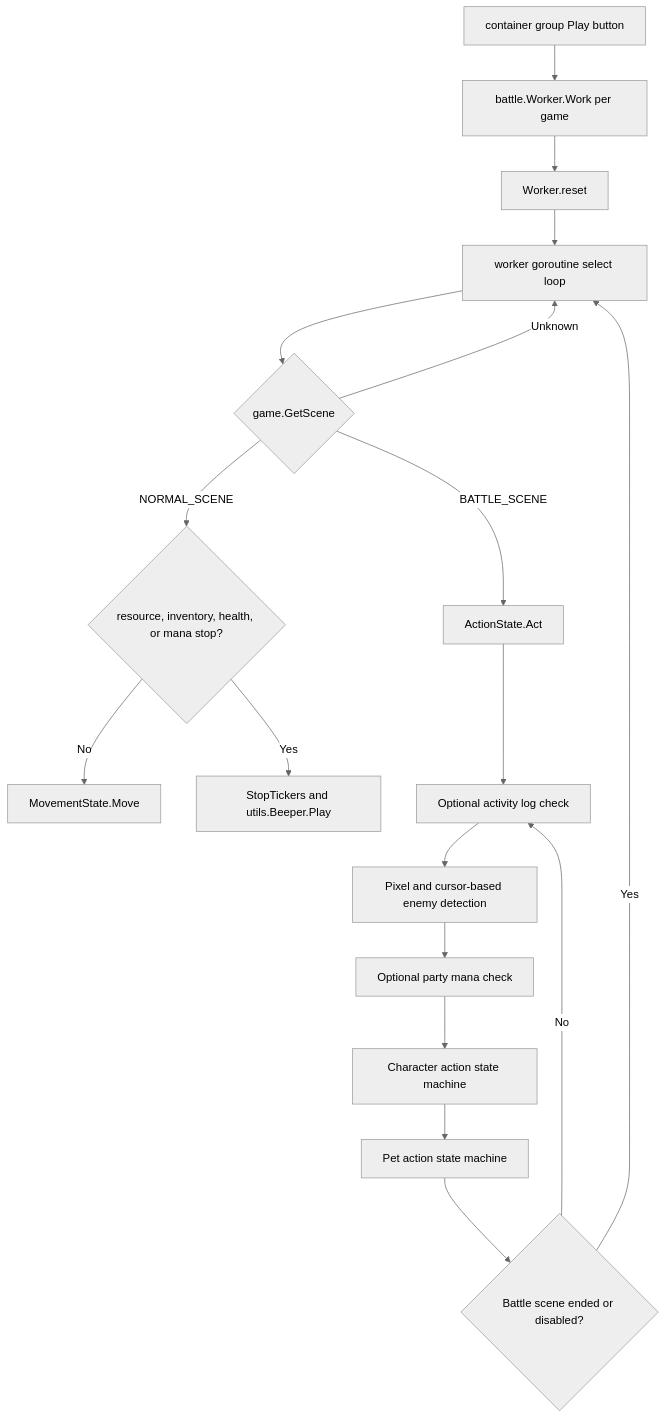
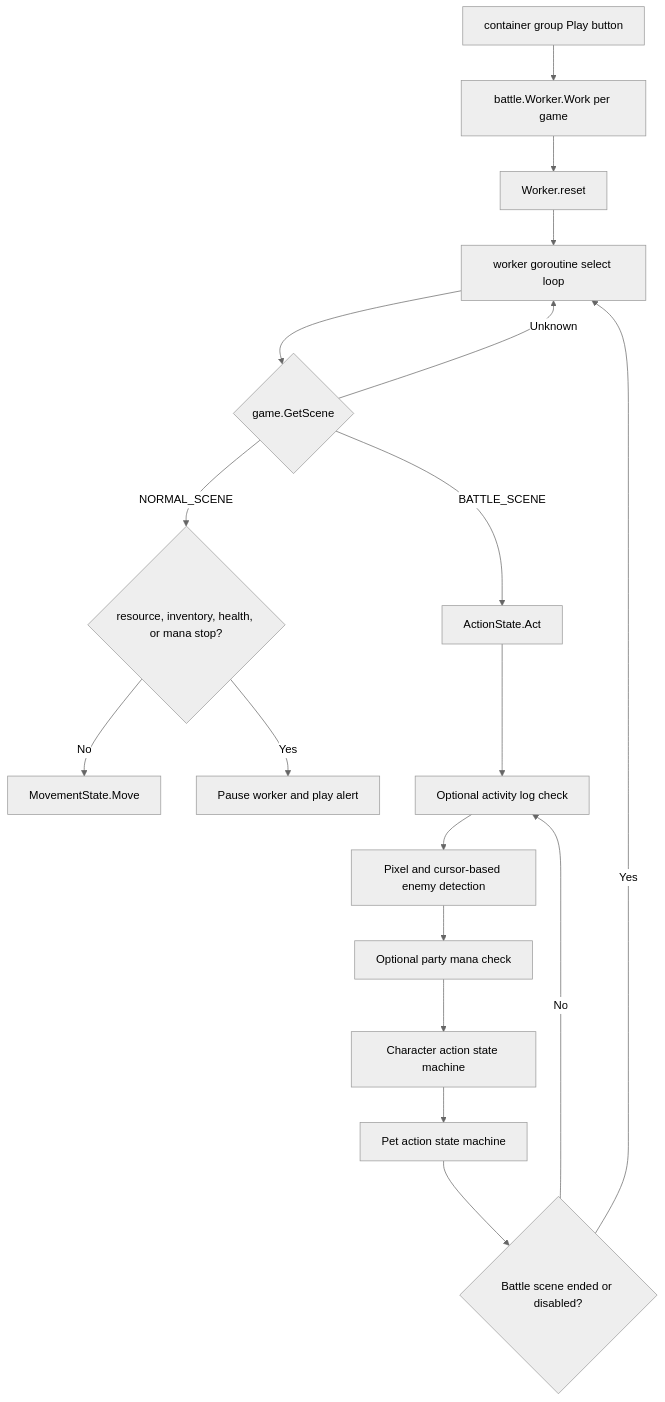
Before and after one commit to g70245/cg: the third of 4 diagrams in docs/architecture.md, drawn with Mermaid (neutral theme). The commit also changed other lines of this file and 2 other files, not shown here.

Commit message:
refactor: clarify worker pause semantics

````diff
--- a/docs/architecture.md
+++ b/docs/architecture.md
@@ -277,21 +277,21 @@
 ```mermaid
 flowchart TD
     Play[container group Play button] --> Work[battle.Worker.Work per game]
     Work --> Reset[Worker.reset]
     Reset --> Loop[worker goroutine select loop]
     Loop --> Scene{game.GetScene}
     Scene -->|BATTLE_SCENE| Act[ActionState.Act]
     Scene -->|NORMAL_SCENE| StopReason{resource, inventory, health, or mana stop?}
     StopReason -->|No| Move[MovementState.Move]
-    StopReason -->|Yes| Alert[StopTickers and utils.Beeper.Play]
+    StopReason -->|Yes| Alert[Pause worker and play alert]
     Scene -->|Unknown| Loop
 
     Act --> Activity[Optional activity log check]
     Activity --> Enemies[Pixel and cursor-based enemy detection]
     Enemies --> Mana[Optional party mana check]
     Mana --> Character[Character action state machine]
     Character --> Pet[Pet action state machine]
     Pet --> BattleEnd{Battle scene ended or disabled?}
     BattleEnd -->|No| Activity
     BattleEnd -->|Yes| Loop
 ```
````
